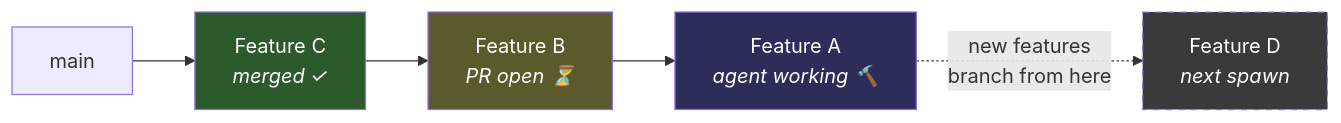
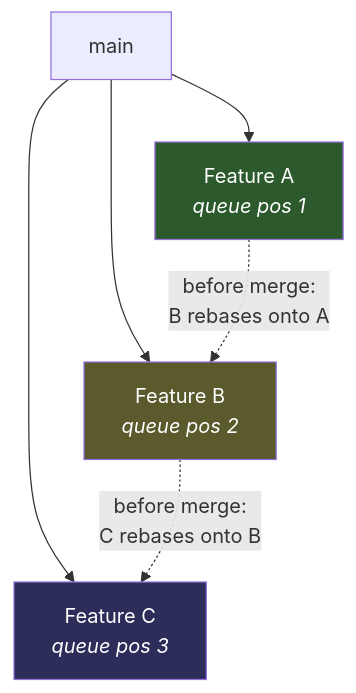
The sixth of 8 diagrams in docs/architecture.md (drew-mcl/athena), drawn with Mermaid before and after one commit. The commit also changed other lines of this file and 6 other files, not shown here.

````diff
--- a/docs/architecture.md
+++ b/docs/architecture.md
@@ -280,13 +280,13 @@
 ```mermaid
-graph LR
-    Main["main"] --> Q1["Feature C<br/><i>merged ✓</i>"]
-    Q1 --> Q2["Feature B<br/><i>PR open ⏳</i>"]
-    Q2 --> Q3["Feature A<br/><i>agent working 🔨</i>"]
+graph TB
+    Main["main"] --> Q1["Feature A<br/><i>queue pos 1</i>"]
+    Main --> Q2["Feature B<br/><i>queue pos 2</i>"]
+    Main --> Q3["Feature C<br/><i>queue pos 3</i>"]
 
-    Q3 -.-> |"new features<br/>branch from here"| New["Feature D<br/><i>next spawn</i>"]
+    Q1 -.-> |"before merge:<br/>B rebases onto A"| Q2
+    Q2 -.-> |"before merge:<br/>C rebases onto B"| Q3
 
     style Q1 fill:#2d5a2d,color:#fff
     style Q2 fill:#5a5a2d,color:#fff
     style Q3 fill:#2d2d5a,color:#fff
-    style New fill:#3a3a3a,color:#fff,stroke-dasharray: 5 5
 ```
````
